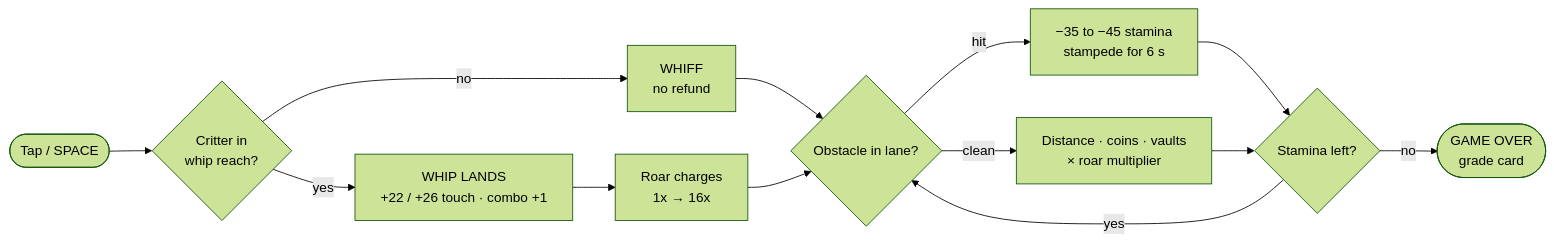
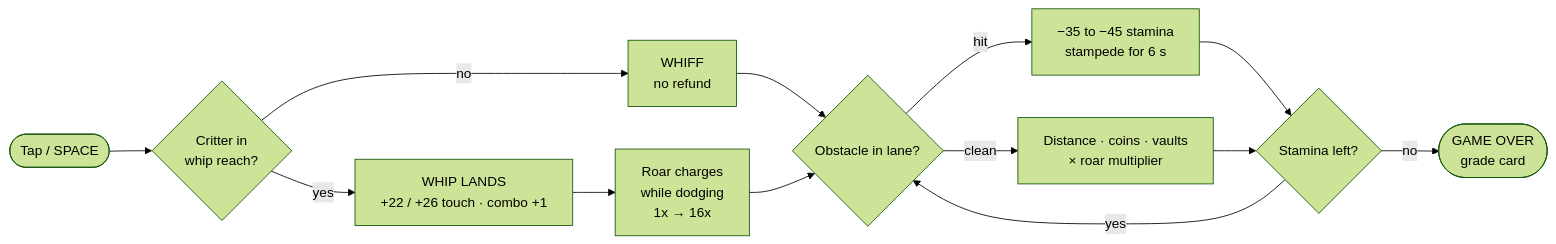
The first of 2 diagrams in README_SithuNyein_Swiposaur.md (thesithunyein/swiposaur), drawn with Mermaid (forest theme) before and after one commit. The commit also changed other lines of this file and 10 other files, not shown here.

````diff
--- a/README_SithuNyein_Swiposaur.md
+++ b/README_SithuNyein_Swiposaur.md
@@ -85,15 +87,15 @@
 ```mermaid
 flowchart LR
     start(["Tap / SPACE"]) --> range{"Critter in<br/>whip reach?"}
     range -- yes --> hit["WHIP LANDS<br/>+22 / +26 touch · combo +1"]
     range -- no --> whiff["WHIFF<br/>no refund"]
-    hit --> roar["Roar charges<br/>1x → 16x"]
+    hit --> roar["Roar charges<br/>while dodging<br/>1x → 16x"]
     whiff --> dodge{"Obstacle in lane?"}
     roar --> dodge
     dodge -- hit --> dmg["−35 to −45 stamina<br/>stampede for 6 s"]
     dodge -- clean --> score["Distance · coins · vaults<br/>× roar multiplier"]
     dmg --> alive{"Stamina left?"}
     score --> alive
     alive -- yes --> dodge
     alive -- no --> over(["GAME OVER<br/>grade card"])
 ```
````
